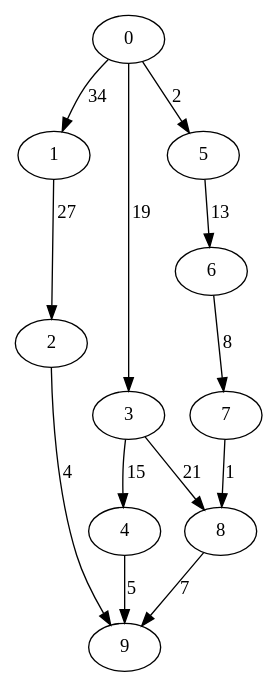
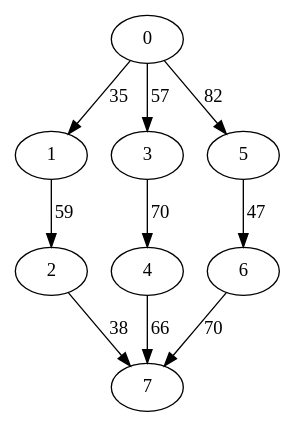
The diagram in dotfiles/data3.dot (asaloniti/DagScheduling), drawn with Graphviz before and after one commit. The commit also changed 27 other files, not shown here.

```diff
--- a/dotfiles/data3.dot
+++ b/dotfiles/data3.dot
@@ -1,14 +1,11 @@
 digraph data3 {
-0 -> 1 [ label = 34 ];
-0 -> 3 [ label = 19 ];
-0 -> 5 [ label = 2 ];
-1 -> 2 [ label = 27 ];
-2 -> 9 [ label = 4 ];
-3 -> 4 [ label = 15 ];
-3 -> 8 [ label = 21 ];
-4 -> 9 [ label = 5 ];
-5 -> 6 [ label = 13 ];
-6 -> 7 [ label = 8 ];
-7 -> 8 [ label = 1 ];
-8 -> 9 [ label = 7 ];
+0 -> 1 [ label = 35 ];
+0 -> 3 [ label = 57 ];
+0 -> 5 [ label = 82 ];
+1 -> 2 [ label = 59 ];
+2 -> 7 [ label = 38 ];
+3 -> 4 [ label = 70 ];
+4 -> 7 [ label = 66 ];
+5 -> 6 [ label = 47 ];
+6 -> 7 [ label = 70 ];
  }
```
